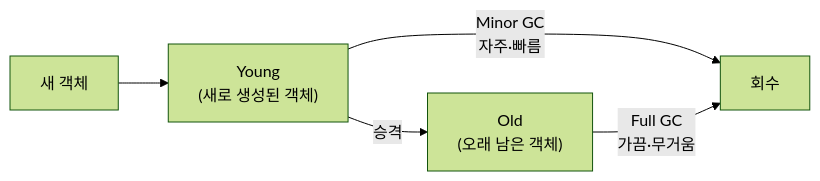
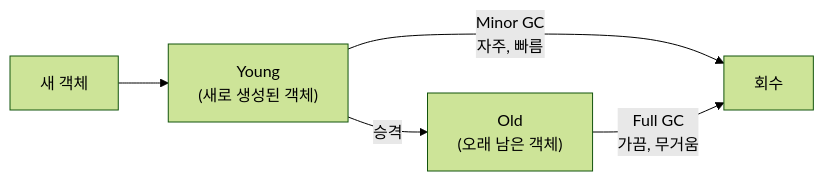
Before and after one commit to johnycho/johny-dev: the first of 10 diagrams in blog/2026-08-18-java-gc-types.mdx, drawn with Mermaid (forest theme). The commit also changed other lines of this file and 188 other files, not shown here.

````diff
--- a/blog/2026-08-18-java-gc-types.mdx
+++ b/blog/2026-08-18-java-gc-types.mdx
@@ -19,7 +19,7 @@
 ```mermaid
 flowchart LR
     N["새 객체"] --> Y["Young<br/>(새로 생성된 객체)"]
-    Y -->|Minor GC<br/>자주·빠름| X["회수"]
+    Y -->|Minor GC<br/>자주, 빠름| X["회수"]
     Y -->|승격| O["Old<br/>(오래 남은 객체)"]
-    O -->|Full GC<br/>가끔·무거움| X
+    O -->|Full GC<br/>가끔, 무거움| X
 ```
````
